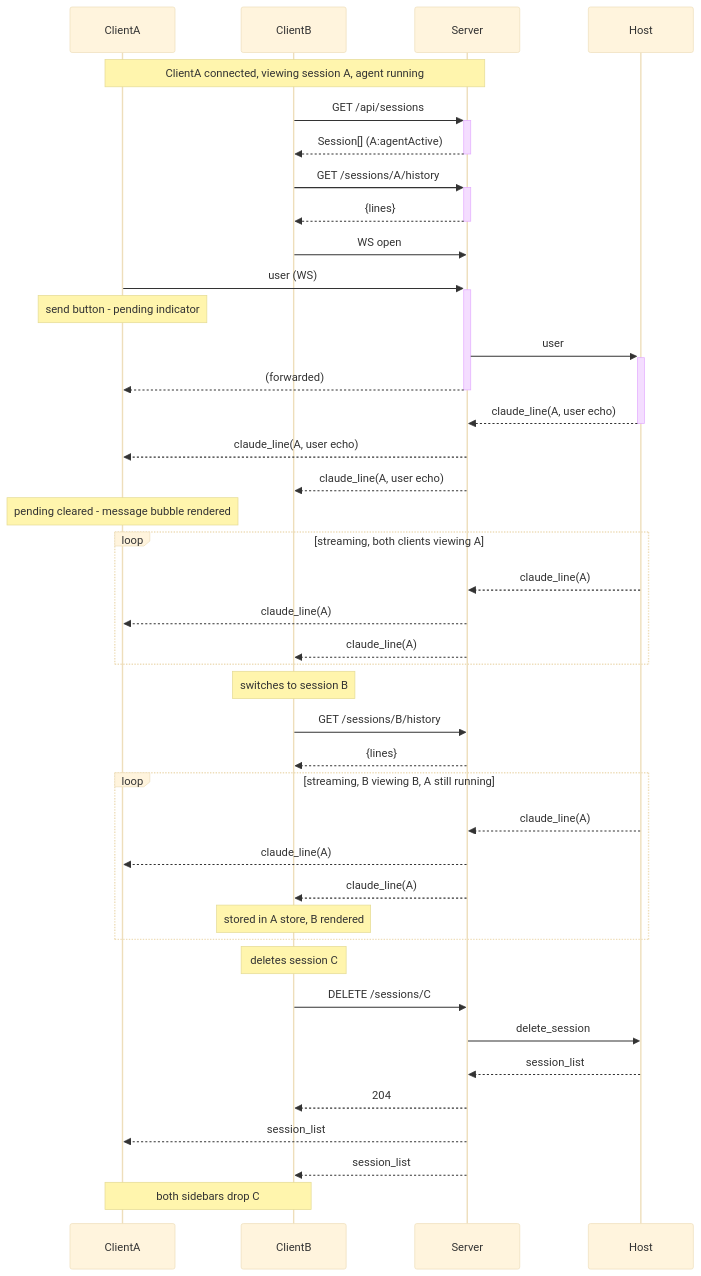
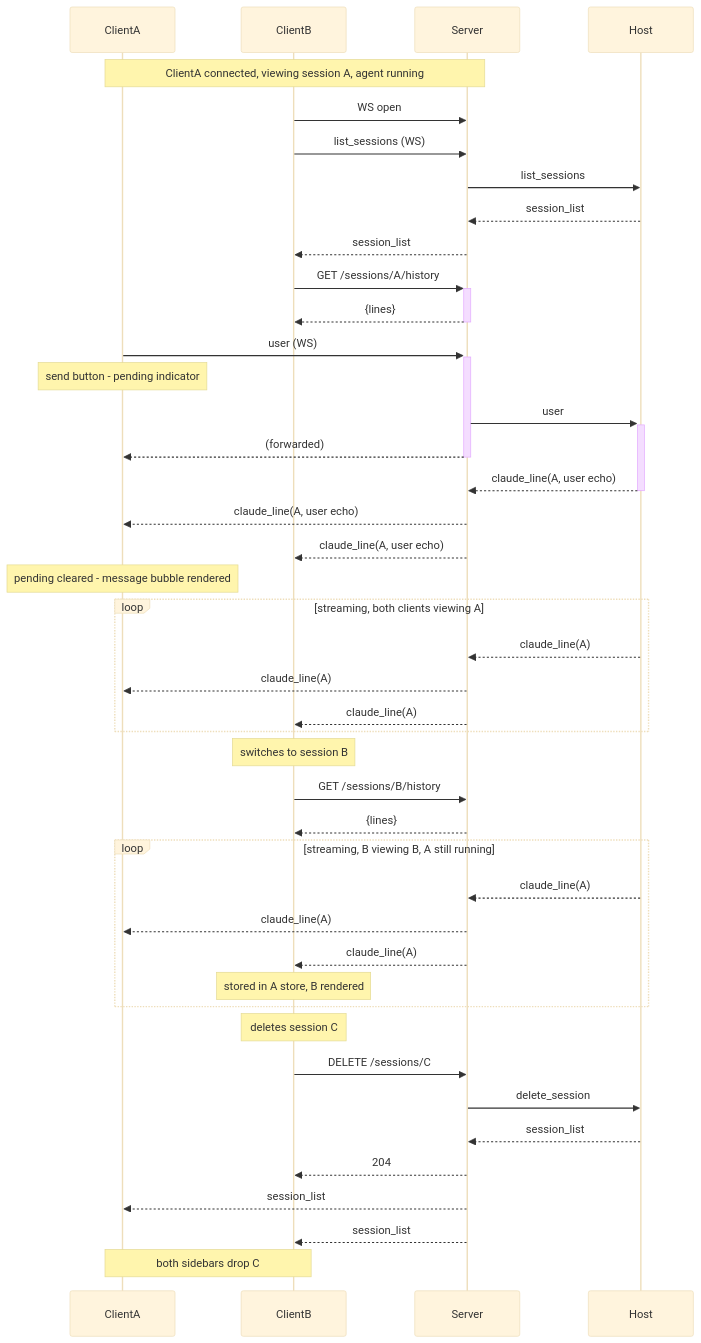
One commit to danlkv/codette changed the fourth of 5 diagrams in protocol.spec.md. Above: the diagram before and after it, drawn with Mermaid (base theme). The commit also changed other lines of this file and 18 other files, not shown here.

````diff
--- a/protocol.spec.md
+++ b/protocol.spec.md
@@ -308,43 +314,45 @@
 ```mermaid
 sequenceDiagram
     participant A as ClientA
     participant B as ClientB
     participant S as Server
     participant H as Host
     Note over A,S: ClientA connected, viewing session A, agent running
-    B->>+S: GET /api/sessions
-    S-->>-B: Session[] (A:agentActive)
+    B->>S: WS open
+    B->>S: list_sessions (WS)
+    S->>H: list_sessions
+    H-->>S: session_list
+    S-->>B: session_list
     B->>+S: GET /sessions/A/history
     S-->>-B: {lines}
-    B->>S: WS open
     A->>+S: user (WS)
     Note over A: send button - pending indicator
     S->>+H: user
     S-->>-A: (forwarded)
     H-->>-S: claude_line(A, user echo)
     S-->>A: claude_line(A, user echo)
     S-->>B: claude_line(A, user echo)
     Note over A: pending cleared - message bubble rendered
     loop streaming, both clients viewing A
         H-->>S: claude_line(A)
         S-->>A: claude_line(A)
         S-->>B: claude_line(A)
     end
     Note over B: switches to session B
     B->>S: GET /sessions/B/history
     S-->>B: {lines}
     loop streaming, B viewing B, A still running
         H-->>S: claude_line(A)
         S-->>A: claude_line(A)
         S-->>B: claude_line(A)
         Note over B: stored in A store, B rendered
     end
     Note over B: deletes session C
     B->>S: DELETE /sessions/C
     S->>H: delete_session
     H-->>S: session_list
     S-->>B: 204
     S-->>A: session_list
     S-->>B: session_list
     Note over A,B: both sidebars drop C
 ```
````
